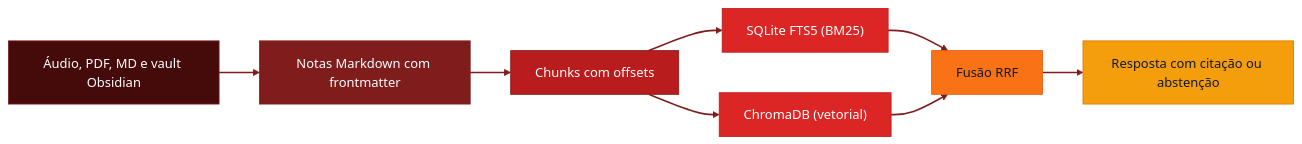
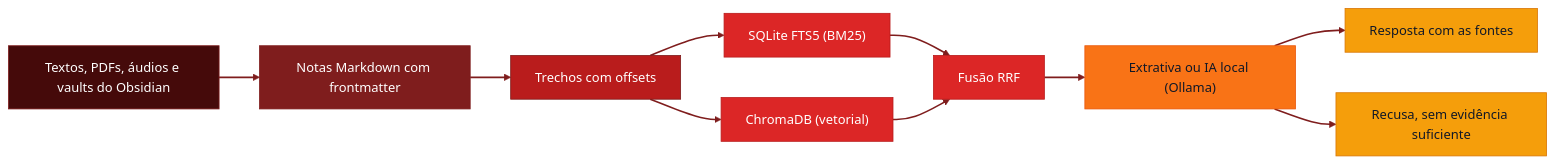
One commit to devAndreotti/tcc-free-plaud changed the diagram in README.md. Above: the diagram before and after it, drawn with Mermaid (forest theme). The commit also changed other lines of this file and 20 other files, not shown here.

````diff
--- a/README.md
+++ b/README.md
@@ -60,19 +114,23 @@
 ```mermaid
 flowchart LR
-    A["Áudio, PDF, MD e vault Obsidian"] --> B["Notas Markdown com frontmatter"]
-    B --> C["Chunks com offsets"]
+    A["Textos, PDFs, áudios e vaults do Obsidian"] --> B["Notas Markdown com frontmatter"]
+    B --> C["Trechos com offsets"]
     C --> D["SQLite FTS5 (BM25)"]
     C --> E["ChromaDB (vetorial)"]
     D --> F["Fusão RRF"]
     E --> F
-    F --> G["Resposta com citação ou abstenção"]
+    F --> G["Extrativa ou IA local (Ollama)"]
+    G --> H["Resposta com as fontes"]
+    G --> I["Recusa, sem evidência suficiente"]
 
     style A fill:#450a0a,color:#fff,stroke:#7f1d1d
     style B fill:#7f1d1d,color:#fff,stroke:#7f1d1d
     style C fill:#b91c1c,color:#fff,stroke:#7f1d1d
     style D fill:#dc2626,color:#fff,stroke:#b91c1c
     style E fill:#dc2626,color:#fff,stroke:#b91c1c
-    style F fill:#f97316,color:#111827,stroke:#ea580c
-    style G fill:#f59e0b,color:#111827,stroke:#d97706
+    style F fill:#dc2626,color:#fff,stroke:#b91c1c
+    style G fill:#f97316,color:#111827,stroke:#ea580c
+    style H fill:#f59e0b,color:#111827,stroke:#d97706
+    style I fill:#f59e0b,color:#111827,stroke:#d97706
     linkStyle default stroke:#7f1d1d,stroke-width:2px
 ```
````
